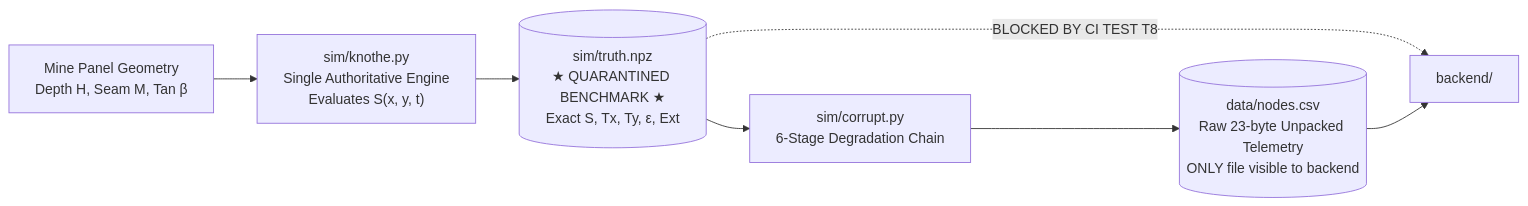
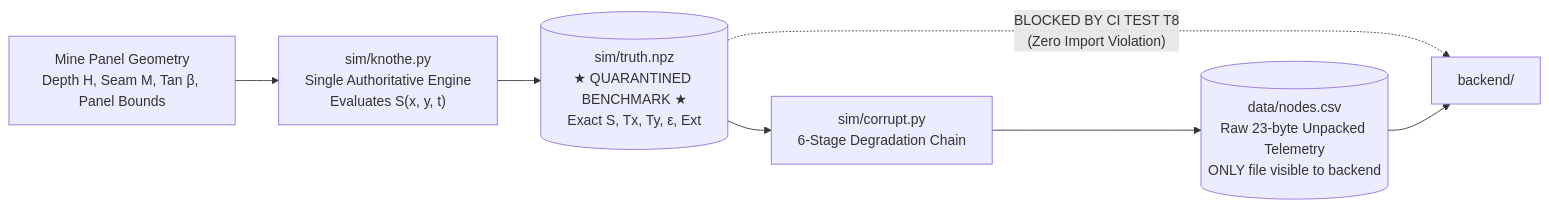
One commit to lively-life7/SIH-Documentation changed the diagram in docs/04-physics-engine/ground-truth-generation.md. Above: the diagram before and after it, drawn with Mermaid. The commit also changed other lines of this file and 44 other files, not shown here.

````diff
--- a/docs/04-physics-engine/ground-truth-generation.md
+++ b/docs/04-physics-engine/ground-truth-generation.md
@@ -12,9 +18,9 @@
 ```mermaid
 flowchart LR
-    GEO["Mine Panel Geometry<br/>Depth H, Seam M, Tan β"] --> KNOTHE["sim/knothe.py<br/>Single Authoritative Engine<br/>Evaluates S(x, y, t)"]
+    GEO["Mine Panel Geometry<br/>Depth H, Seam M, Tan β, Panel Bounds"] --> KNOTHE["sim/knothe.py<br/>Single Authoritative Engine<br/>Evaluates S(x, y, t)"]
     KNOTHE --> TRUTH[("sim/truth.npz<br/>★ QUARANTINED BENCHMARK ★<br/>Exact S, Tx, Ty, ε, Ext")]
     TRUTH --> CORRUPT["sim/corrupt.py<br/>6-Stage Degradation Chain"]
     CORRUPT --> TELEMETRY[("data/nodes.csv<br/>Raw 23-byte Unpacked Telemetry<br/>ONLY file visible to backend")]
-    TRUTH -.->|"BLOCKED BY CI TEST T8"| BACKEND["backend/"]
+    TRUTH -.->|"BLOCKED BY CI TEST T8<br/>(Zero Import Violation)"| BACKEND["backend/"]
     TELEMETRY --> BACKEND
 ```
````
